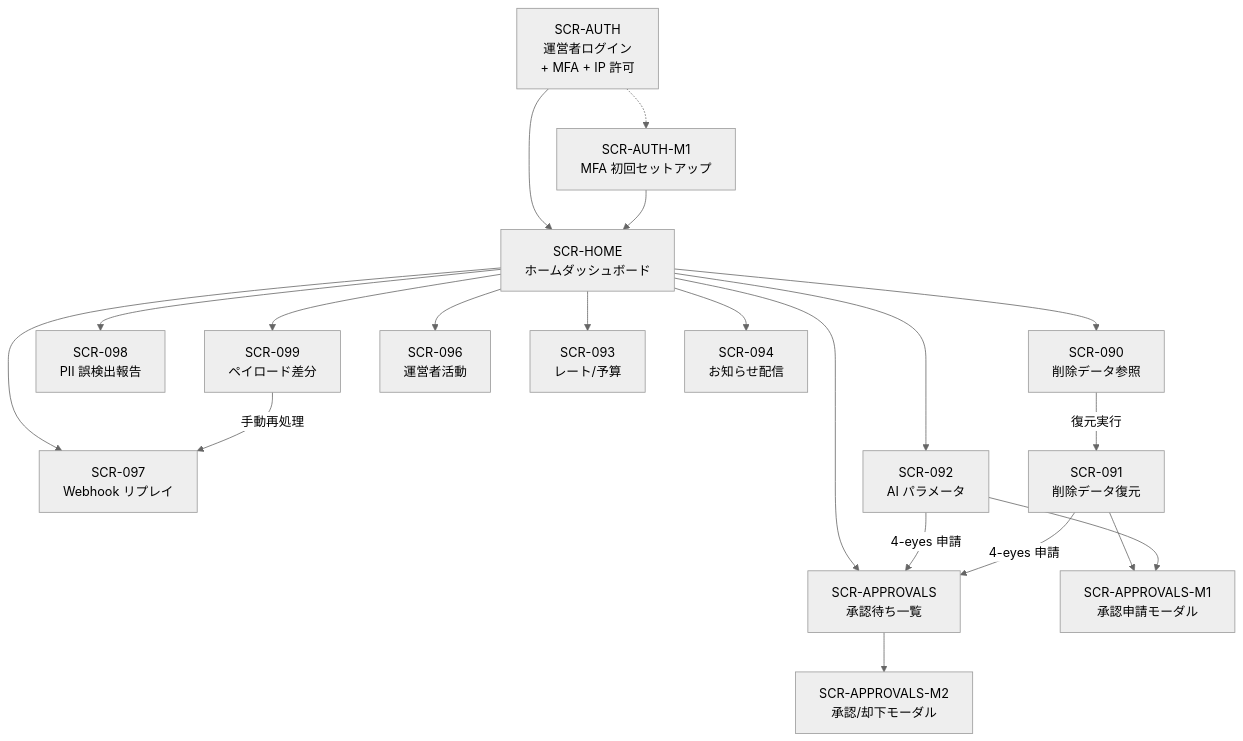
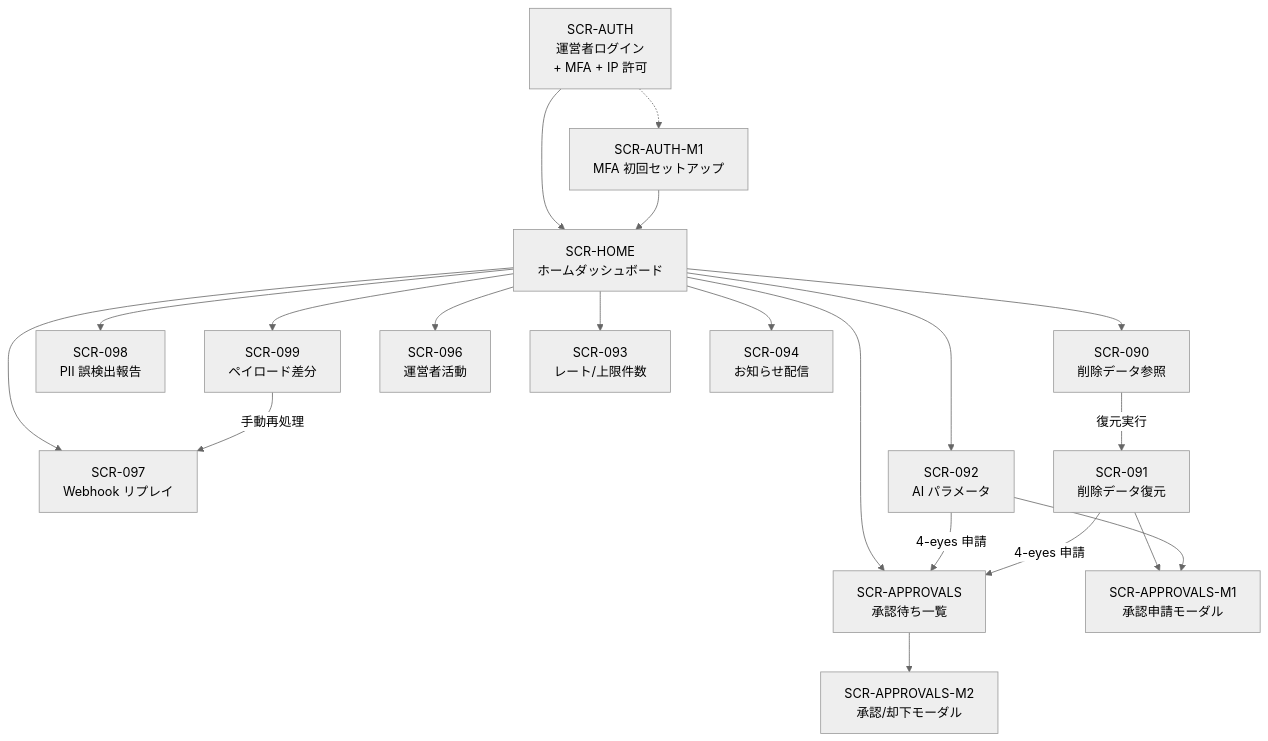
Before and after one commit to sikakou54/open-faq: the diagram in 02_運営者システム/02_基本設計/01_画面設計.md, drawn with Mermaid (neutral theme). The commit also changed other lines of this file and 48 other files, not shown here.

````diff
--- a/02_運営者システム/02_基本設計/01_画面設計.md
+++ b/02_運営者システム/02_基本設計/01_画面設計.md
@@ -105,22 +105,22 @@
 ```mermaid
 flowchart TD
  Login[SCR-AUTH<br/>運営者ログイン<br/>+ MFA + IP 許可] --> Home[SCR-HOME<br/>ホームダッシュボード]
  Login -.-> AuthM1[SCR-AUTH-M1<br/>MFA 初回セットアップ]
  AuthM1 --> Home
  Home --> SCR090[SCR-090<br/>削除データ参照]
  Home --> SCR097[SCR-097<br/>Webhook リプレイ]
  Home --> SCR098[SCR-098<br/>PII 誤検出報告]
  Home --> SCR099[SCR-099<br/>ペイロード差分]
  Home --> SCR096[SCR-096<br/>運営者活動]
  Home --> SCR092[SCR-092<br/>AI パラメータ]
- Home --> SCR093[SCR-093<br/>レート/予算]
+ Home --> SCR093[SCR-093<br/>レート/上限件数]
  Home --> SCR094[SCR-094<br/>お知らせ配信]
  Home --> Approvals[SCR-APPROVALS<br/>承認待ち一覧]
  SCR090 -->|復元実行| SCR091[SCR-091<br/>削除データ復元]
  SCR099 -->|手動再処理| SCR097
  SCR092 -->|4-eyes 申請| Approvals
  SCR091 -->|4-eyes 申請| Approvals
  Approvals --> ApprovalsM2[SCR-APPROVALS-M2<br/>承認/却下モーダル]
  SCR091 --> ApprovalsM1[SCR-APPROVALS-M1<br/>承認申請モーダル]
  SCR092 --> ApprovalsM1
 ```
````
